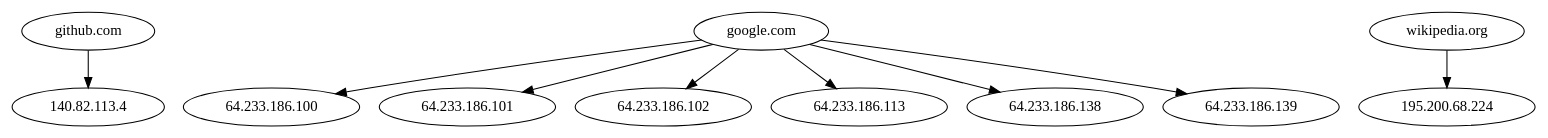
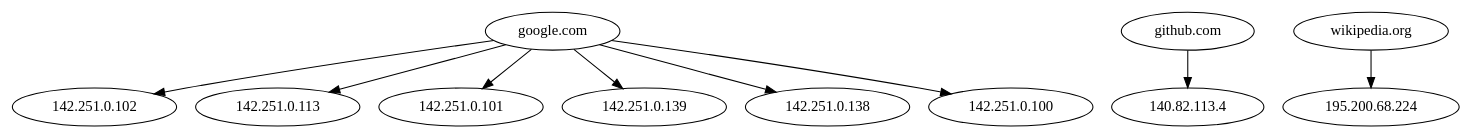
The diagram in out/preview.grafo.dot (MjsaMax/Proyecto-12-Mapa-de-dependencias-DNS-entre-servicios--A-CNAME--con-detecci-n-de-ciclos), drawn with Graphviz before and after one commit. The commit also changed 6 other files, not shown here.

```diff
--- a/out/preview.grafo.dot
+++ b/out/preview.grafo.dot
@@ -1,10 +1,10 @@
 digraph DNS {
+"google.com" -> "142.251.0.102";
+"google.com" -> "142.251.0.113";
+"google.com" -> "142.251.0.101";
+"google.com" -> "142.251.0.139";
+"google.com" -> "142.251.0.138";
+"google.com" -> "142.251.0.100";
 "github.com" -> "140.82.113.4";
-"google.com" -> "64.233.186.100";
-"google.com" -> "64.233.186.101";
-"google.com" -> "64.233.186.102";
-"google.com" -> "64.233.186.113";
-"google.com" -> "64.233.186.138";
-"google.com" -> "64.233.186.139";
 "wikipedia.org" -> "195.200.68.224";
 }
```
